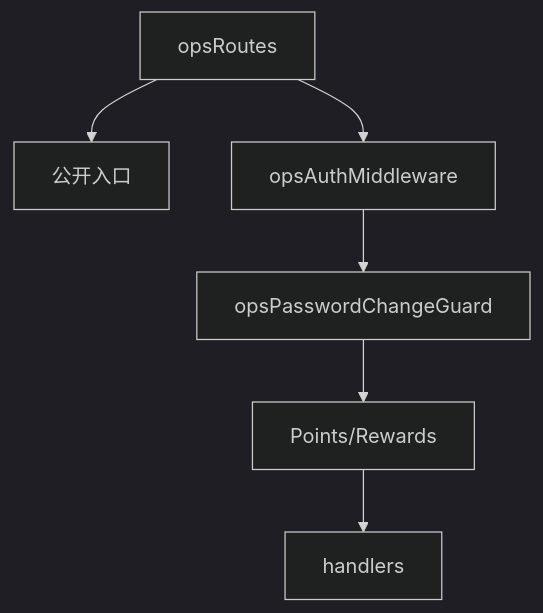
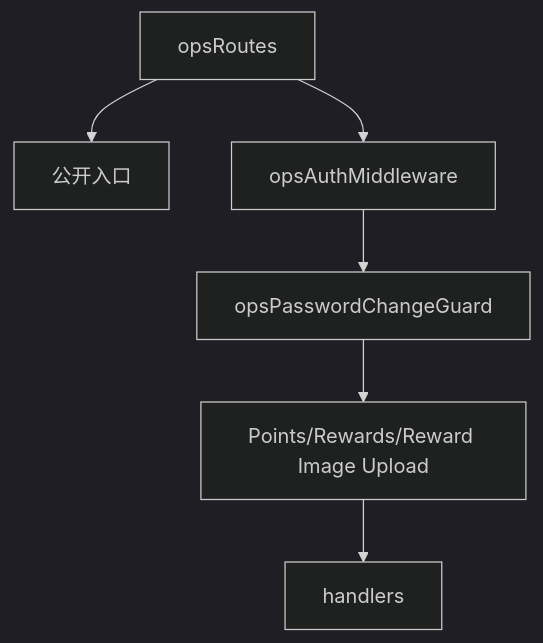
Before and after one commit to imatrixme/ikanyue: the diagram in ikanyue.mapi.hono/src/routes/ops/index.js.md, drawn with Mermaid (dark theme). The commit also changed other lines of this file and 21 other files, not shown here.

Commit message:
Add reward image storage and local bootstrap

````diff
--- a/ikanyue.mapi.hono/src/routes/ops/index.js.md
+++ b/ikanyue.mapi.hono/src/routes/ops/index.js.md
@@ -5,8 +5,8 @@
 ```mermaid
 flowchart TD
     A[opsRoutes] --> B[公开入口]
     A --> C[opsAuthMiddleware]
     C --> D[opsPasswordChangeGuard]
-    D --> E[Points/Rewards]
+    D --> E[Points/Rewards/Reward Image Upload]
     E --> F[handlers]
 ```
````
